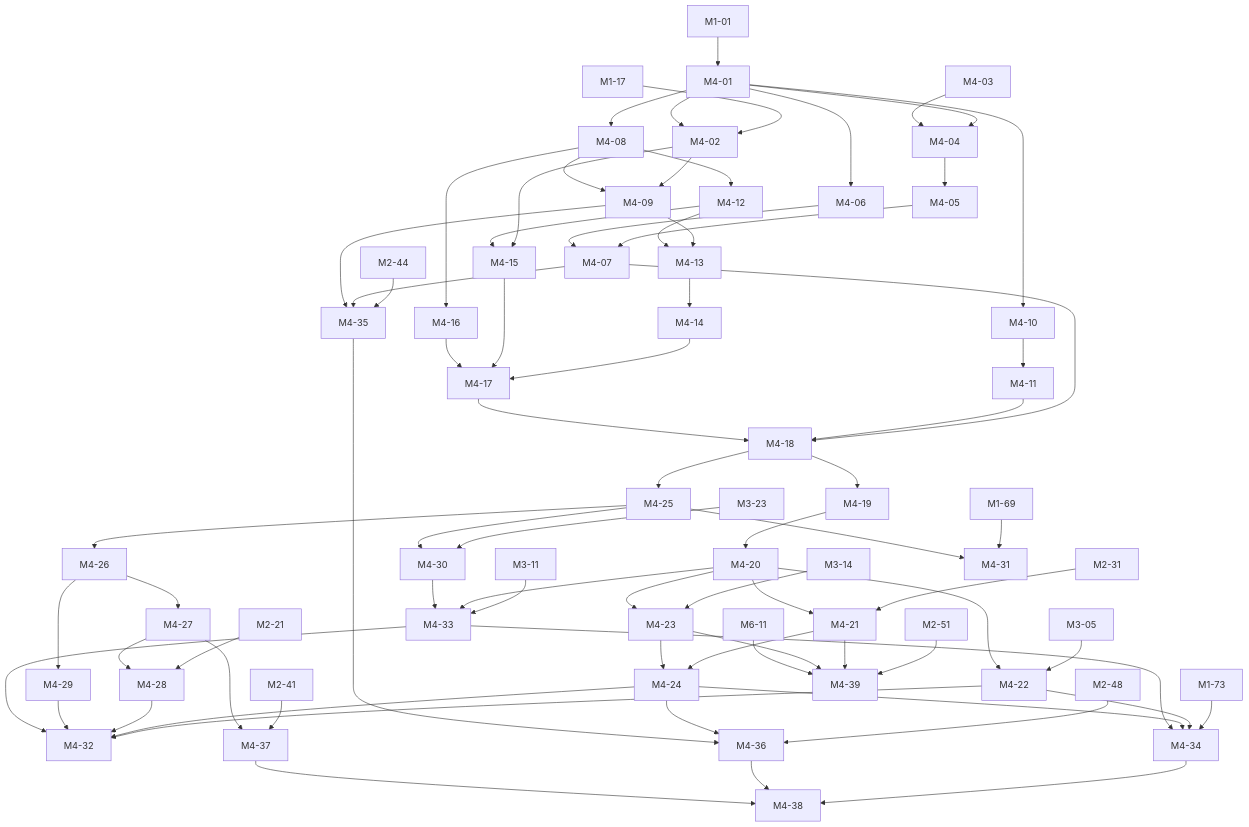
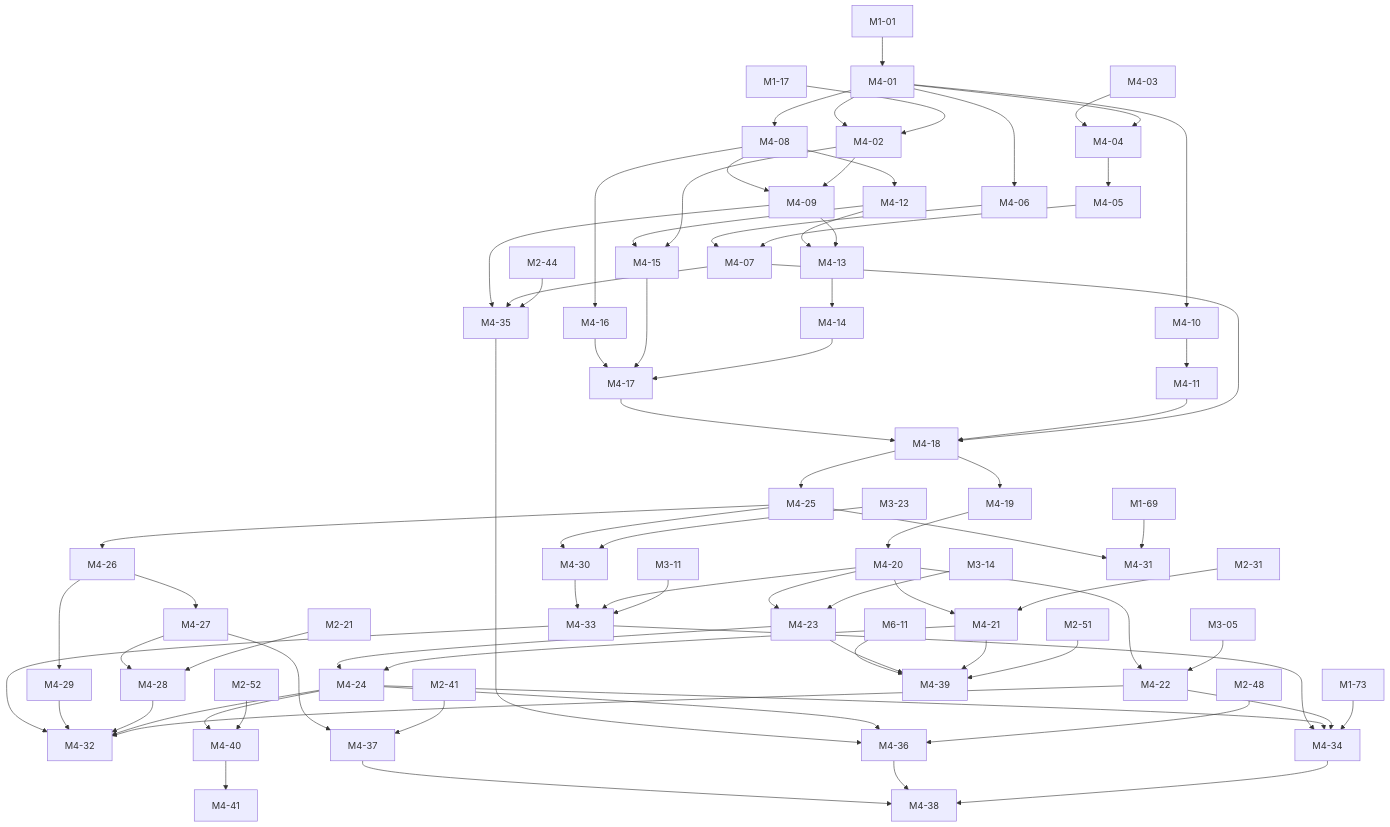
Before and after one commit to mguttmann/bothy: the fourth of 8 diagrams in docs/briefs/README.md, drawn with Mermaid. The commit also changed other lines of this file and 20 other files, not shown here.

````diff
--- a/docs/briefs/README.md
+++ b/docs/briefs/README.md
@@ -919,6 +925,7 @@
   M2_44["M2-44"]
   M2_48["M2-48"]
   M2_51["M2-51"]
+  M2_52["M2-52"]
   M3_05["M3-05"]
   M3_11["M3-11"]
   M3_14["M3-14"]
@@ -962,6 +969,8 @@
   M4_37["M4-37"]
   M4_38["M4-38"]
   M4_39["M4-39"]
+  M4_40["M4-40"]
+  M4_41["M4-41"]
   M6_11["M6-11"]
   M1_01 --> M4_01
   M1_17 --> M4_02
@@ -1037,4 +1046,7 @@
   M4_21 --> M4_39
   M4_23 --> M4_39
   M6_11 --> M4_39
+  M2_52 --> M4_40
+  M4_24 --> M4_40
+  M4_40 --> M4_41
 ```
````
